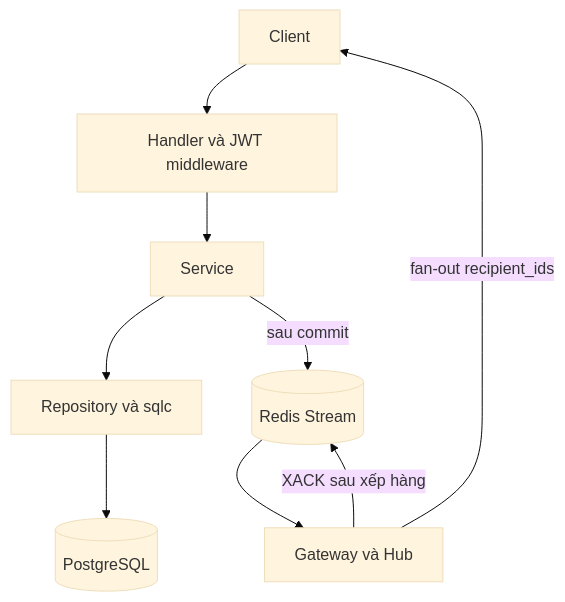
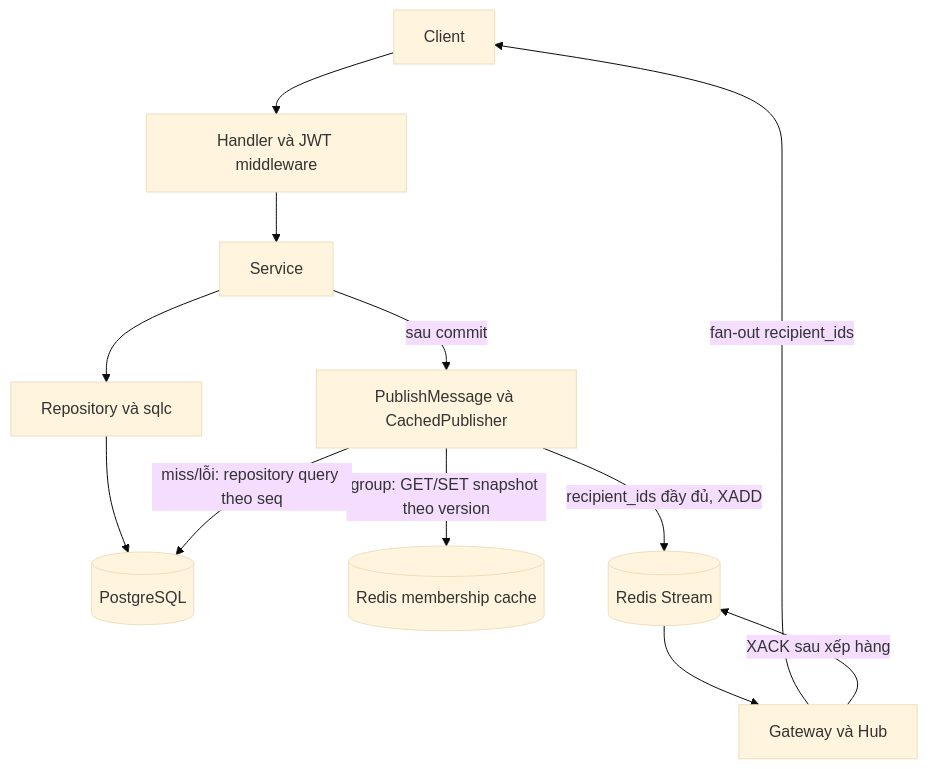
One commit to daoquocdai/chat-api changed the diagram in docs/request-flow.md. Above: the diagram before and after it, drawn with Mermaid (base theme). The commit also changed other lines of this file and 17 other files, not shown here.

Commit message:
feat(group): lưu đệm snapshot thành viên nhóm trong Redis

````diff
--- a/docs/request-flow.md
+++ b/docs/request-flow.md
@@ -14,11 +15,14 @@
 ```mermaid
 flowchart TD
     C[Client] --> H[Handler và JWT middleware]
     H --> S[Service]
     S --> R[Repository và sqlc]
     R --> DB[(PostgreSQL)]
-    S -->|sau commit| X[(Redis Stream)]
+    S -->|sau commit| P[PublishMessage và CachedPublisher]
+    P -->|group: GET/SET snapshot theo version| MC[(Redis membership cache)]
+    P -->|miss/lỗi: repository query theo seq| DB
+    P -->|recipient_ids đầy đủ, XADD| X[(Redis Stream)]
     X --> G[Gateway và Hub]
     G -->|fan-out recipient_ids| C
     G -->|XACK sau xếp hàng| X
 ```
````
